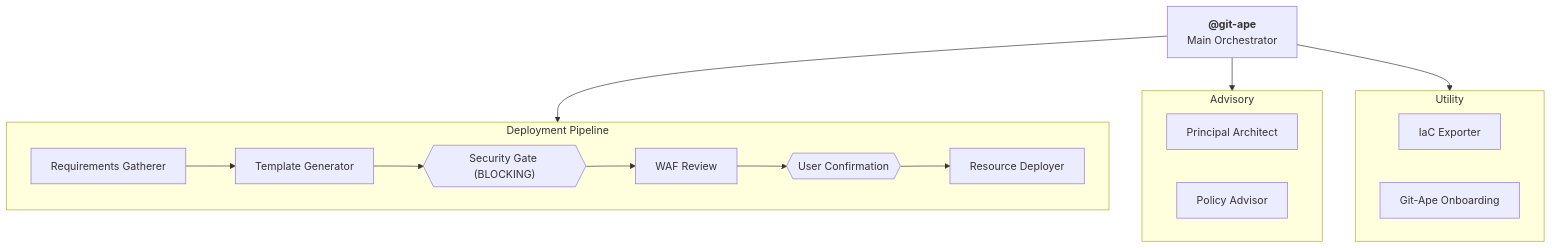
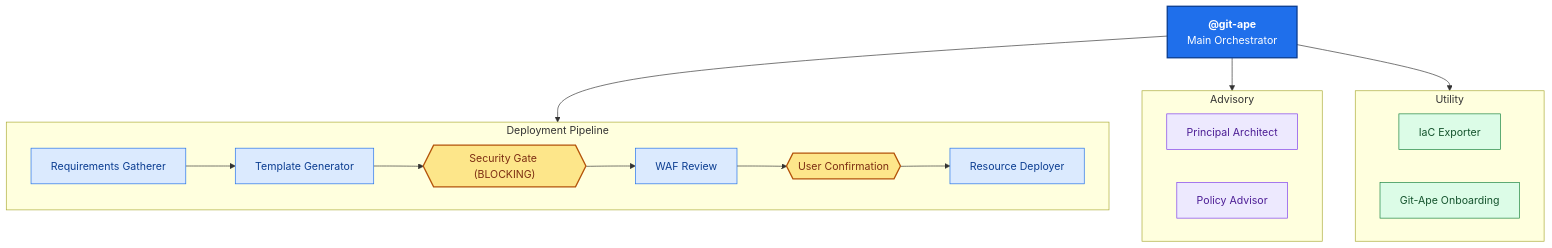
Before and after one commit to Azure/git-ape: the diagram in website/docs/agents/overview.md, drawn with Mermaid. The commit also changed 48 other files, not shown here.

First line of the commit message:
docs(website): manifesto-aligned rewrite, deploy-anything, mermaid zoom + colors

````diff
--- a/website/docs/agents/overview.md
+++ b/website/docs/agents/overview.md
@@ -30,28 +30,39 @@
 ```mermaid
 graph TD
     GA["<b>@git-ape</b><br/>Main Orchestrator"]
 
     GA --> DP
     GA --> AD
     GA --> UT
 
     subgraph DP ["Deployment Pipeline"]
         RG["Requirements Gatherer"]
         TG["Template Generator"]
         SG{{"Security Gate (BLOCKING)"}}
         WR["WAF Review"]
         UC{{"User Confirmation"}}
         RD["Resource Deployer"]
         RG --> TG --> SG --> WR --> UC --> RD
     end
 
     subgraph AD ["Advisory"]
         PA["Principal Architect"]
         PO["Policy Advisor"]
     end
 
     subgraph UT ["Utility"]
         IE["IaC Exporter"]
         OB["Git-Ape Onboarding"]
     end
+
+    classDef orchestrator fill:#1f6feb,stroke:#0b3d91,stroke-width:2px,color:#ffffff
+    classDef pipeline fill:#dbeafe,stroke:#1f6feb,stroke-width:1px,color:#0b3d91
+    classDef gate fill:#fde68a,stroke:#b45309,stroke-width:2px,color:#7c2d12
+    classDef advisory fill:#ede9fe,stroke:#7c3aed,stroke-width:1px,color:#4c1d95
+    classDef utility fill:#dcfce7,stroke:#15803d,stroke-width:1px,color:#14532d
+    class GA orchestrator
+    class RG,TG,WR,RD pipeline
+    class SG,UC gate
+    class PA,PO advisory
+    class IE,OB utility
 ```
````
